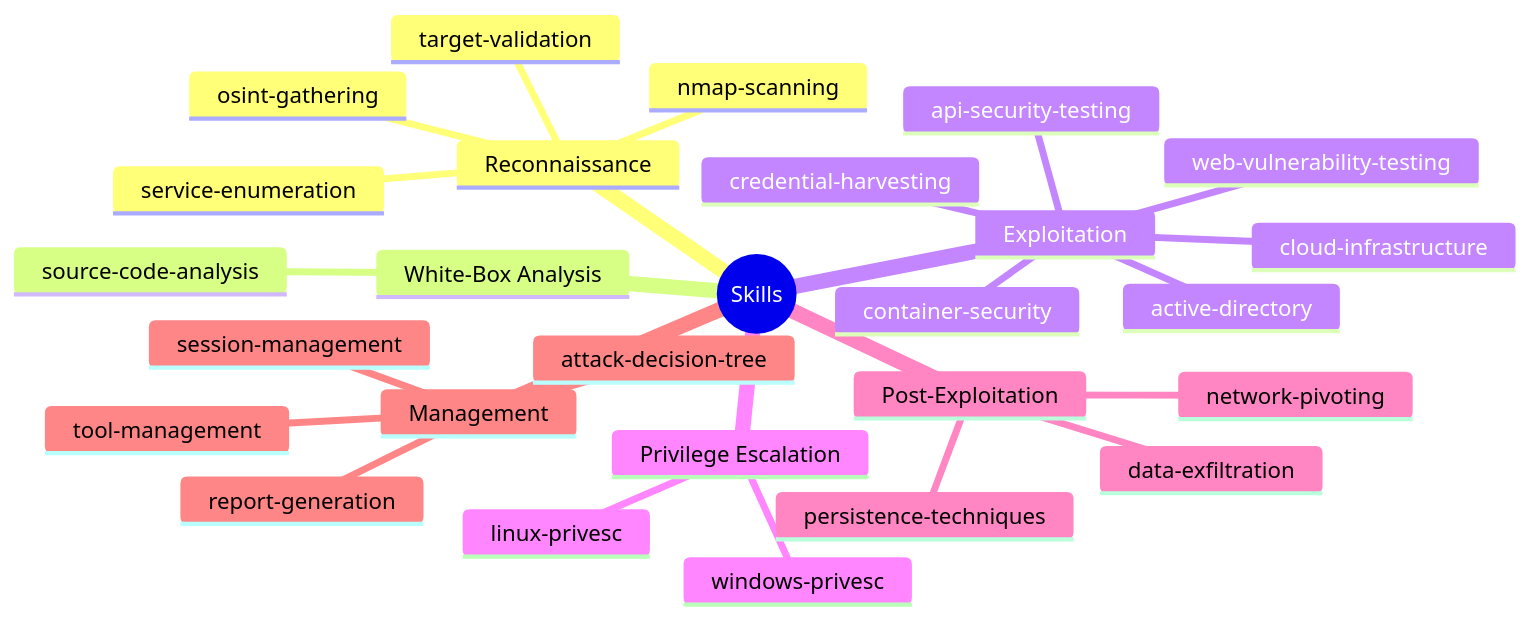
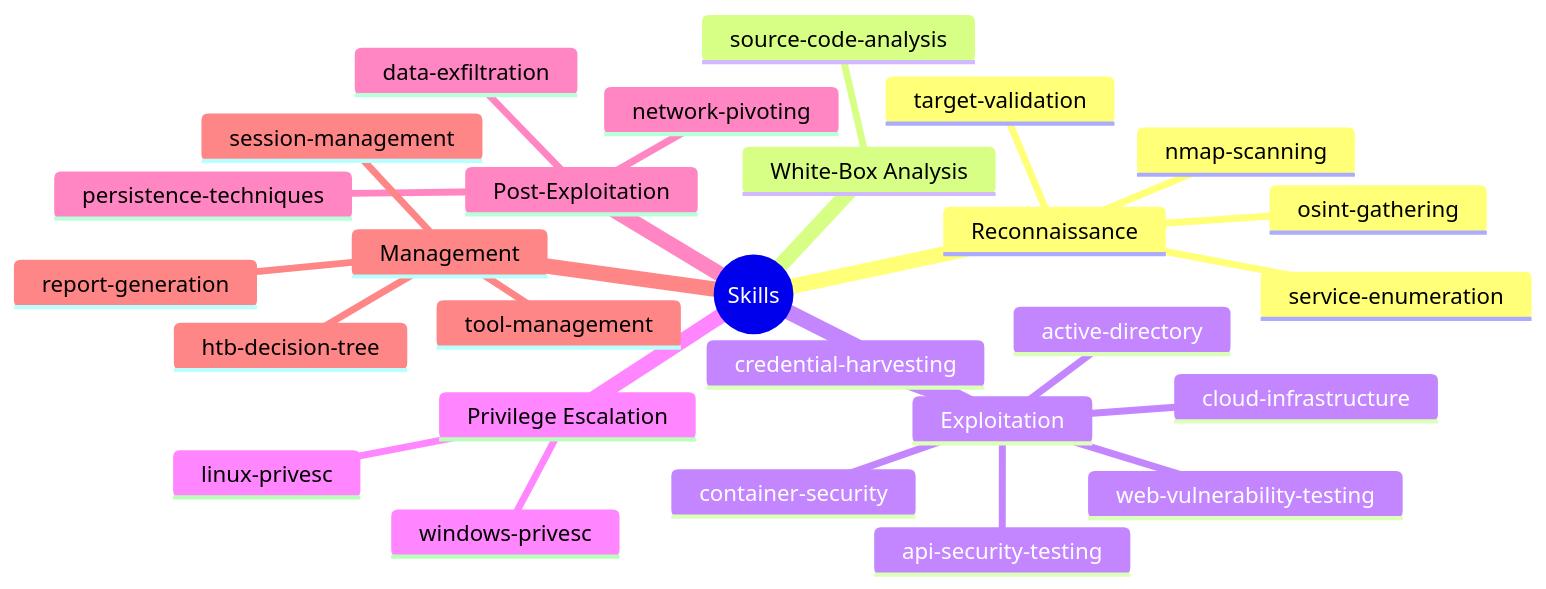
Before and after one commit to goldenapplestudios/Clicky: the first of 7 diagrams in docs/skills.md, drawn with Mermaid. The commit also changed other lines of this file and 10 other files, not shown here.

````diff
--- a/docs/skills.md
+++ b/docs/skills.md
@@ -11,30 +11,30 @@
 ```mermaid
 mindmap
   root((Skills))
     Reconnaissance
       nmap-scanning
       service-enumeration
       osint-gathering
       target-validation
     White-Box Analysis
       source-code-analysis
     Exploitation
       web-vulnerability-testing
       api-security-testing
       credential-harvesting
       active-directory
       container-security
       cloud-infrastructure
     Privilege Escalation
       linux-privesc
       windows-privesc
     Post-Exploitation
       persistence-techniques
       data-exfiltration
       network-pivoting
     Management
       session-management
-      attack-decision-tree
+      htb-decision-tree
       tool-management
       report-generation
 ```
````
